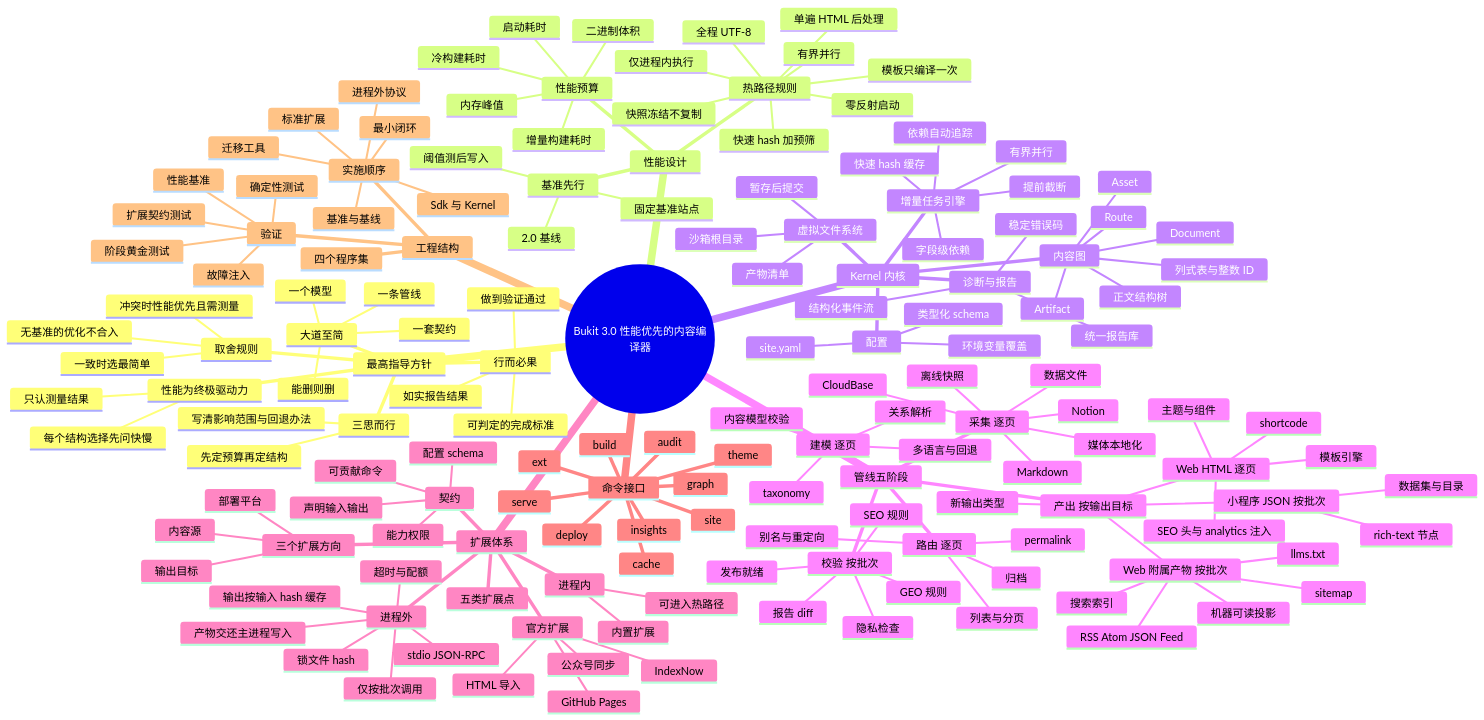
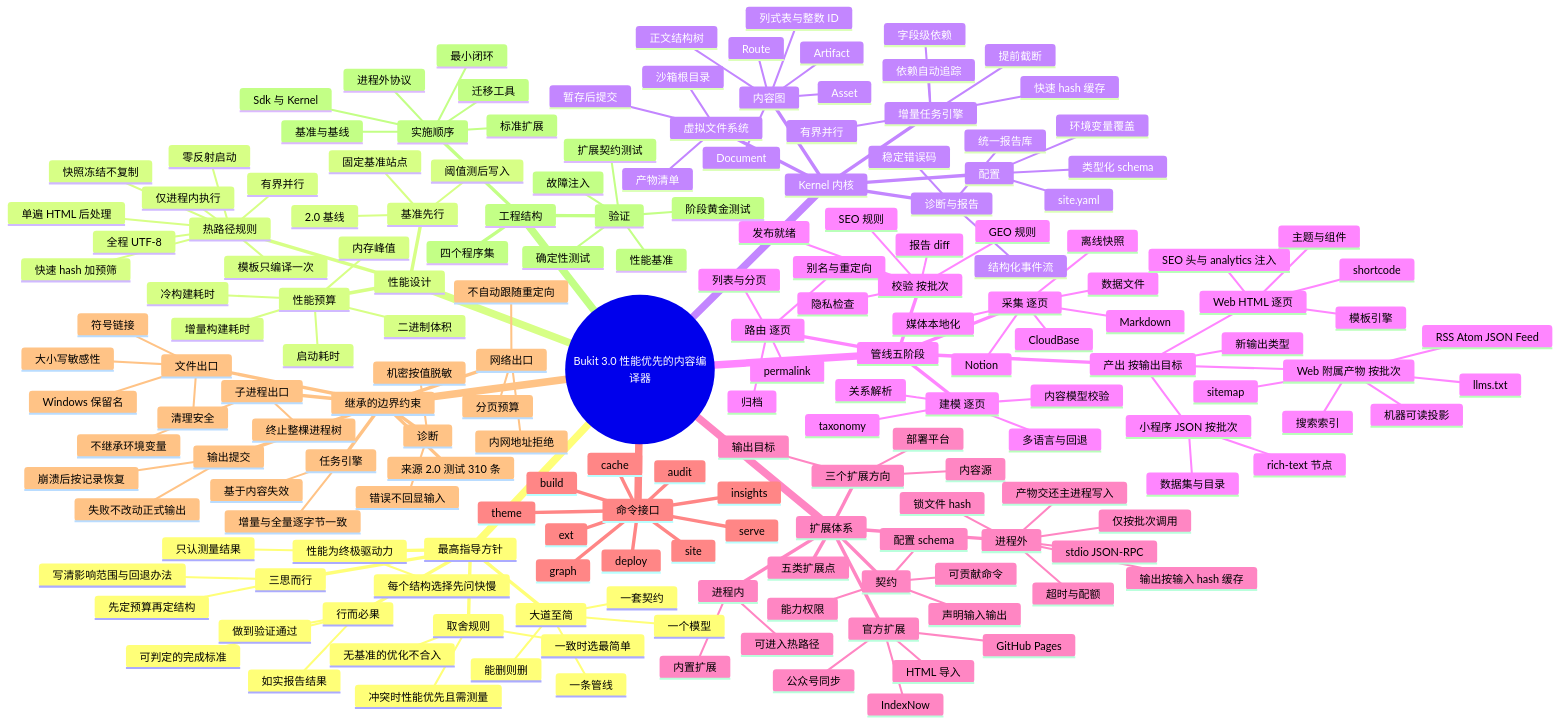
One commit to ALi365-SDN-BHD/Bukit changed the second of 3 diagrams in docs/plans/2026-11-24-bukit-3.0-architecture-design.zh-CN.md. Above: the diagram before and after it, drawn with Mermaid. The commit also changed other lines of this file and 1 other file, not shown here.

```diff
--- a/docs/plans/2026-11-24-bukit-3.0-architecture-design.zh-CN.md
+++ b/docs/plans/2026-11-24-bukit-3.0-architecture-design.zh-CN.md
@@ -257,6 +262,29 @@
       graph
       cache
       theme
+    继承的边界约束
+      来源 2.0 测试 310 条
+      文件出口
+        清理安全
+        符号链接
+        大小写敏感性
+        Windows 保留名
+      输出提交
+        失败不改动正式输出
+        崩溃后按记录恢复
+      网络出口
+        内网地址拒绝
+        不自动跟随重定向
+        分页预算
+      子进程出口
+        不继承环境变量
+        终止整棵进程树
+      诊断
+        机密按值脱敏
+        错误不回显输入
+      任务引擎
+        增量与全量逐字节一致
+        基于内容失效
     工程结构
       四个程序集
       实施顺序
```
